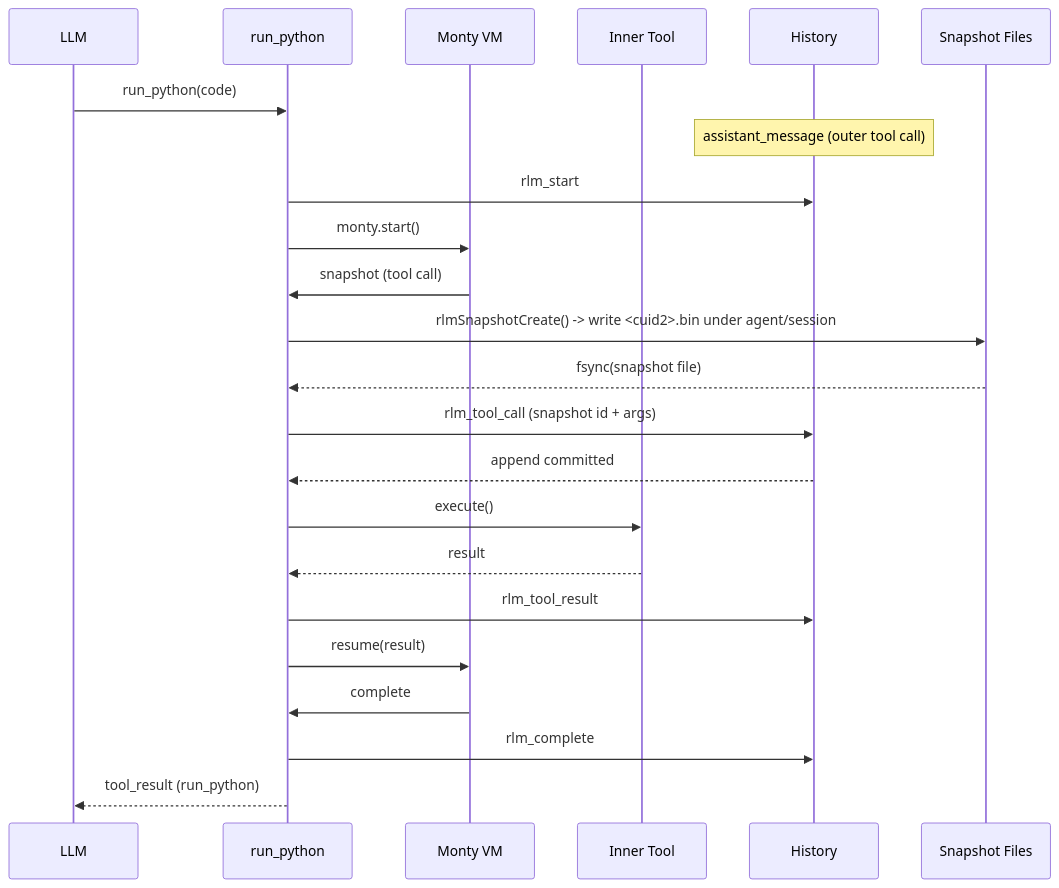
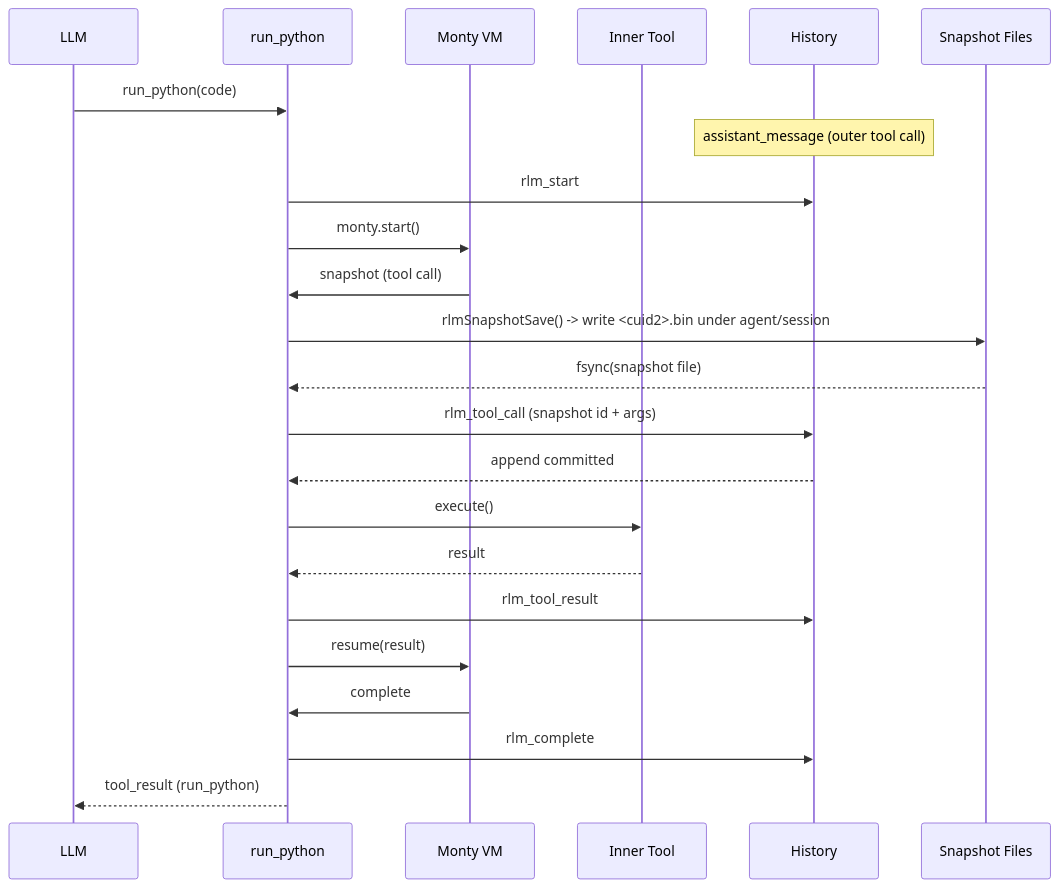
Before and after one commit to ex3ndr/daycare: the first of 3 diagrams in doc/internals/rlm-checkpointing.md, drawn with Mermaid. The commit also changed other lines of this file and 7 other files, not shown here.

Commit message:
refactor(rlm): rename snapshot create to snapshot save

````diff
--- a/doc/internals/rlm-checkpointing.md
+++ b/doc/internals/rlm-checkpointing.md
@@ -27,26 +27,26 @@
 ```mermaid
 sequenceDiagram
     participant LLM
     participant RLM as run_python
     participant VM as Monty VM
     participant Tool as Inner Tool
     participant History
     participant Snap as Snapshot Files
 
     LLM->>RLM: run_python(code)
     Note over History: assistant_message (outer tool call)
     RLM->>History: rlm_start
     RLM->>VM: monty.start()
     VM->>RLM: snapshot (tool call)
-    RLM->>Snap: rlmSnapshotCreate() -> write <cuid2>.bin under agent/session
+    RLM->>Snap: rlmSnapshotSave() -> write <cuid2>.bin under agent/session
     Snap-->>RLM: fsync(snapshot file)
     RLM->>History: rlm_tool_call (snapshot id + args)
     History-->>RLM: append committed
     RLM->>Tool: execute()
     Tool-->>RLM: result
     RLM->>History: rlm_tool_result
     RLM->>VM: resume(result)
     VM->>RLM: complete
     RLM->>History: rlm_complete
     RLM-->>LLM: tool_result (run_python)
 ```
````
